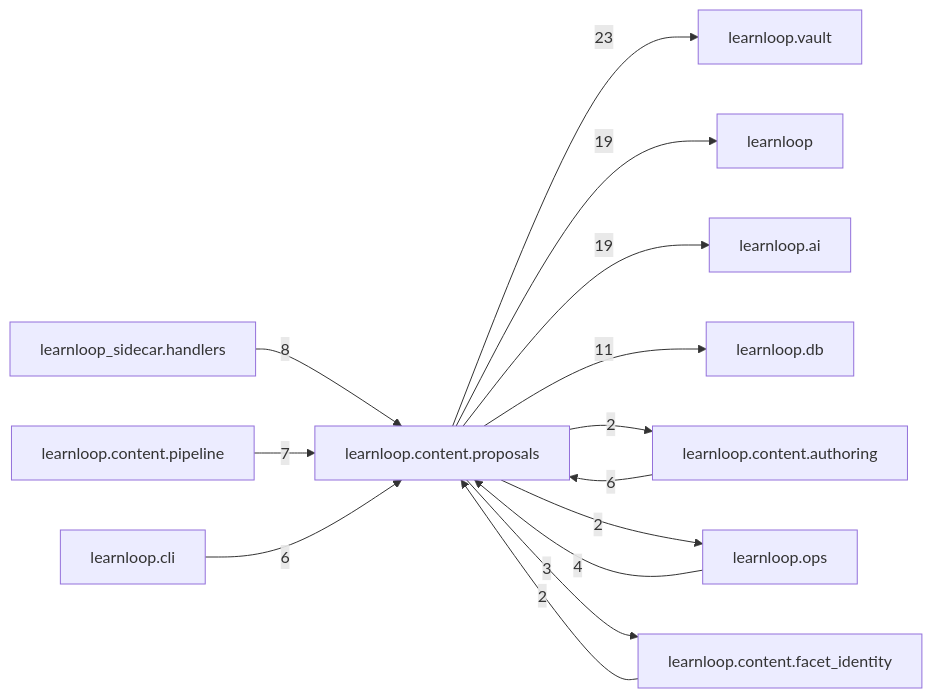
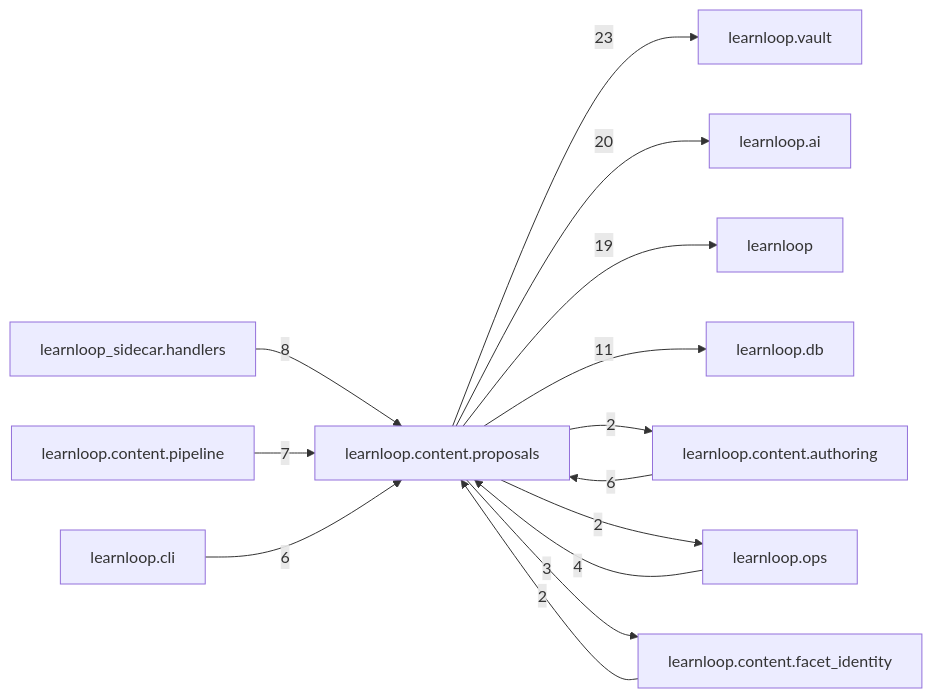
One commit to 6up-b/learnanything changed the diagram in docs/learnloop-architecture-vault/Reference/Modules/learnloop/content/proposals/_package.md. Above: the diagram before and after it, drawn with Mermaid. The commit also changed other lines of this file and 32 other files, not shown here.

````diff
--- a/docs/learnloop-architecture-vault/Reference/Modules/learnloop/content/proposals/_package.md
+++ b/docs/learnloop-architecture-vault/Reference/Modules/learnloop/content/proposals/_package.md
@@ -106,27 +106,27 @@
 ```mermaid
 flowchart LR
     center["learnloop.content.proposals"]
     n_learnloop_vault["learnloop.vault"]
+    n_learnloop_ai["learnloop.ai"]
     n_learnloop["learnloop"]
-    n_learnloop_ai["learnloop.ai"]
     n_learnloop_db["learnloop.db"]
     n_learnloop_content_authoring["learnloop.content.authoring"]
     n_learnloop_sidecar_handlers["learnloop_sidecar.handlers"]
     n_learnloop_content_pipeline["learnloop.content.pipeline"]
     n_learnloop_cli["learnloop.cli"]
     n_learnloop_ops["learnloop.ops"]
     n_learnloop_content_facet_identity["learnloop.content.facet_identity"]
     center -->|23| n_learnloop_vault
+    center -->|20| n_learnloop_ai
     center -->|19| n_learnloop
-    center -->|19| n_learnloop_ai
     center -->|11| n_learnloop_db
     n_learnloop_content_authoring -->|6| center
     center -->|2| n_learnloop_content_authoring
     n_learnloop_sidecar_handlers -->|8| center
     n_learnloop_content_pipeline -->|7| center
     n_learnloop_cli -->|6| center
     n_learnloop_ops -->|4| center
     center -->|2| n_learnloop_ops
     n_learnloop_content_facet_identity -->|2| center
     center -->|3| n_learnloop_content_facet_identity
 ```
````
